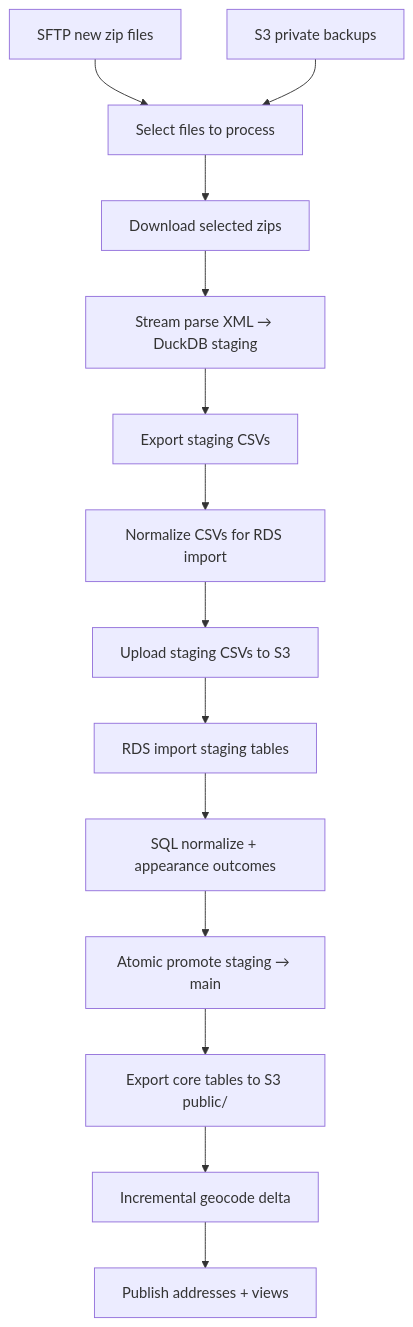
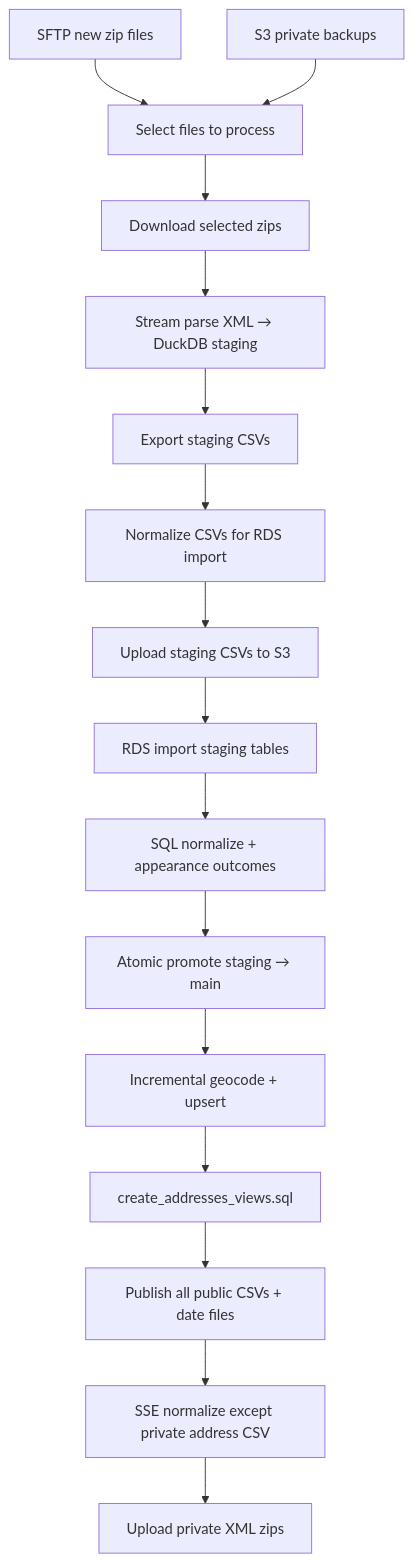
Before and after one commit to housing-data-coalition/oca: the diagram in lib/README.md, drawn with Mermaid. The commit also changed other lines of this file and 9 other files, not shown here.

Commit message:
reorder steps for better grouping (publish all files together) and avoid duplicate address export

````diff
--- a/lib/README.md
+++ b/lib/README.md
@@ -9,16 +9,18 @@
 ```mermaid
 flowchart TD
   sftp[SFTP new zip files] --> select[Select files to process]
   s3backup[S3 private backups] --> select
   select --> download[Download selected zips]
   download --> parse[Stream parse XML → DuckDB staging]
   parse --> export[Export staging CSVs]
   export --> preprocess[Normalize CSVs for RDS import]
   preprocess --> s3upload[Upload staging CSVs to S3]
   s3upload --> import[RDS import staging tables]
   import --> normalize[SQL normalize + appearance outcomes]
   normalize --> promote[Atomic promote staging → main]
-  promote --> publish[Export core tables to S3 public/]
-  publish --> geocode[Incremental geocode delta]
-  geocode --> addrpub[Publish addresses + views]
+  promote --> geocode[Incremental geocode + upsert]
+  geocode --> views[create_addresses_views.sql]
+  views --> publish[Publish all public CSVs + date files]
+  publish --> enc[SSE normalize except private address CSV]
+  enc --> priv[Upload private XML zips]
 ```
````
